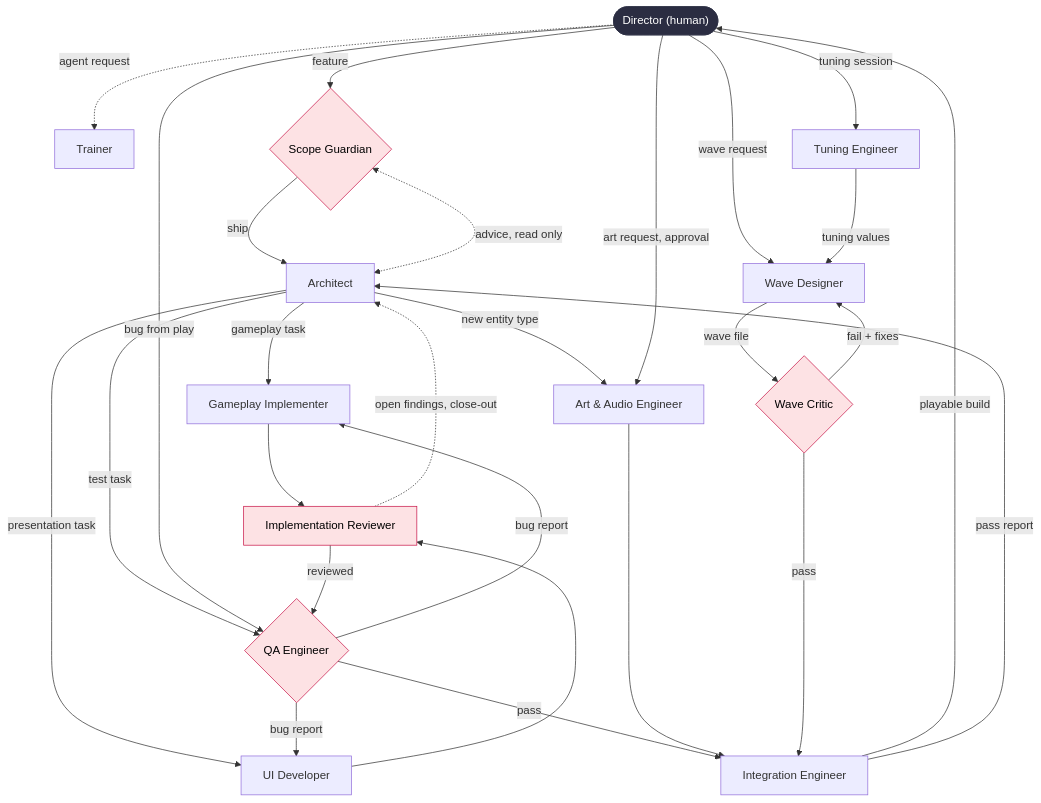
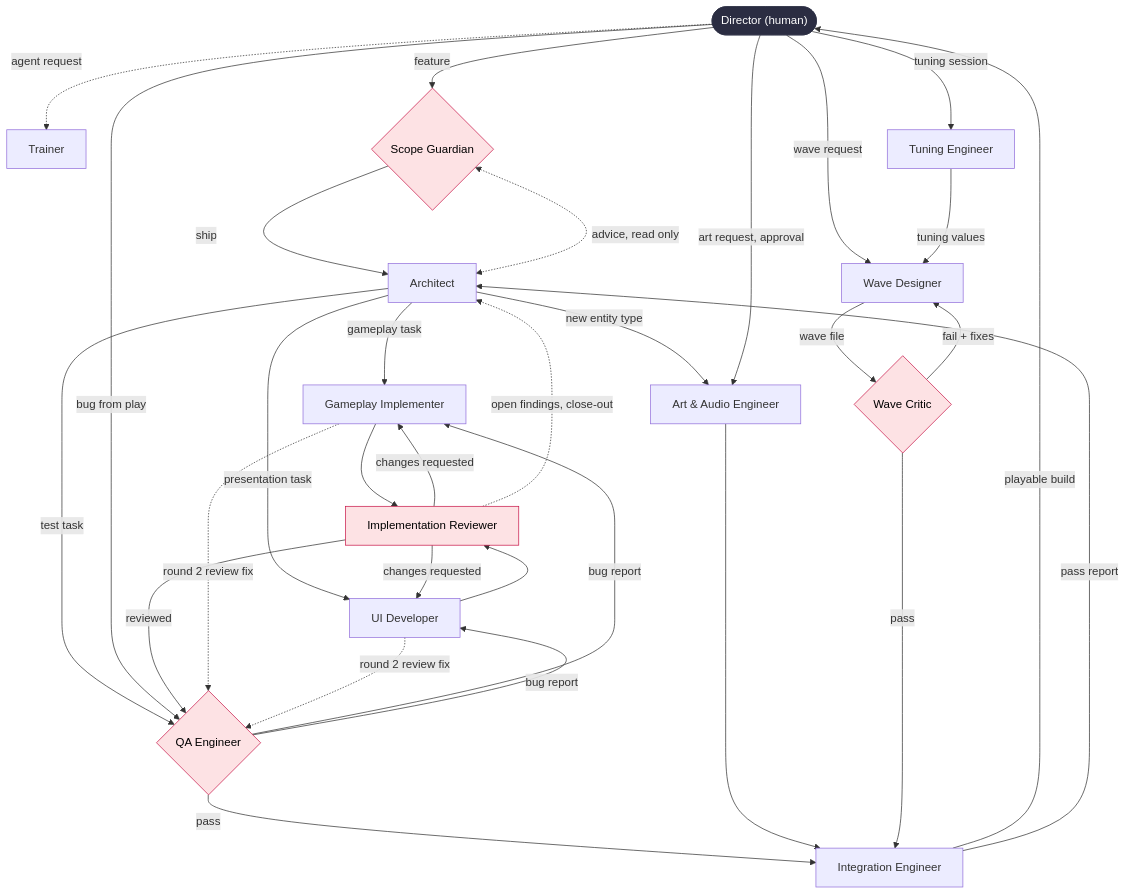
One commit to david-mntl/driftward-ace changed the diagram in docs/crew/roster.md. Above: the diagram before and after it, drawn with Mermaid. The commit also changed other lines of this file and 1 other file, not shown here.

Commit message:
docs(crew): add review fix rounds to the roster and /implement

````diff
--- a/docs/crew/roster.md
+++ b/docs/crew/roster.md
@@ -7,48 +7,52 @@
 ```mermaid
 flowchart TD
     D(["Director (human)"])
     T["Trainer"]
     SG{"Scope Guardian"}
     AR["Architect"]
     GI["Gameplay Implementer"]
     UI["UI Developer"]
     AA["Art & Audio Engineer"]
     IR["Implementation Reviewer"]
     QA{"QA Engineer"}
     IE["Integration Engineer"]
     TE["Tuning Engineer"]
     WD["Wave Designer"]
     WC{"Wave Critic"}
 
     D -.->|agent request| T
     D -->|feature| SG
     SG -->|ship| AR
     SG <-.->|advice, read only| AR
     AR -->|gameplay task| GI
     AR -->|presentation task| UI
     AR -->|new entity type| AA
     AR -->|test task| QA
     D -->|bug from play| QA
     GI --> IR
     UI --> IR
+    IR -->|changes requested| GI
+    IR -->|changes requested| UI
     IR -->|reviewed| QA
+    GI -.->|round 2 review fix| QA
+    UI -.->|round 2 review fix| QA
     QA -->|bug report| GI
     QA -->|bug report| UI
     QA -->|pass| IE
     AA --> IE
     D -->|tuning session| TE
     D -->|wave request| WD
     D -->|art request, approval| AA
     TE -->|tuning values| WD
     WD -->|wave file| WC
     WC -->|fail + fixes| WD
     WC -->|pass| IE
     IE -->|playable build| D
     IE -->|pass report| AR
     IR -.->|open findings, close-out| AR
 
     classDef human fill:#2b2d42,color:#fff,stroke:#2b2d42
     classDef critic fill:#fde2e4,stroke:#c9184a,color:#000
     class D human
     class SG,QA,WC,IR critic
 ```
````
